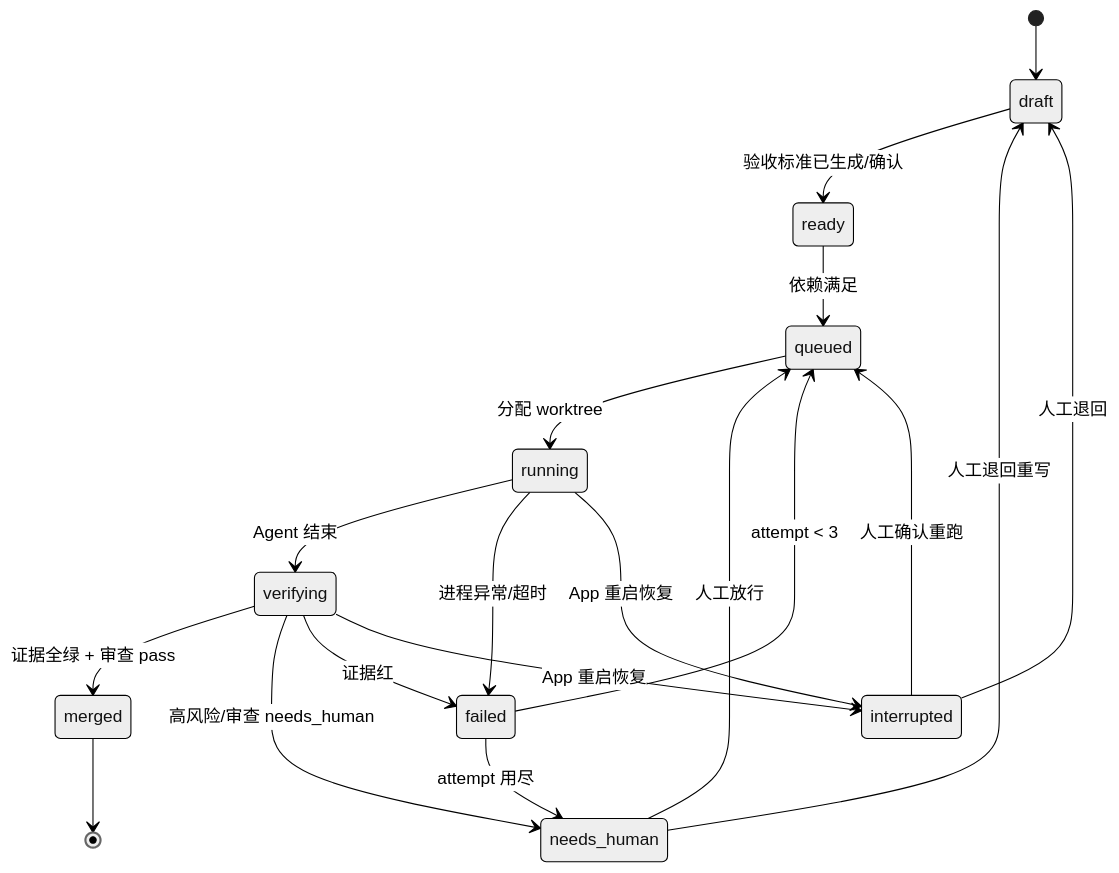
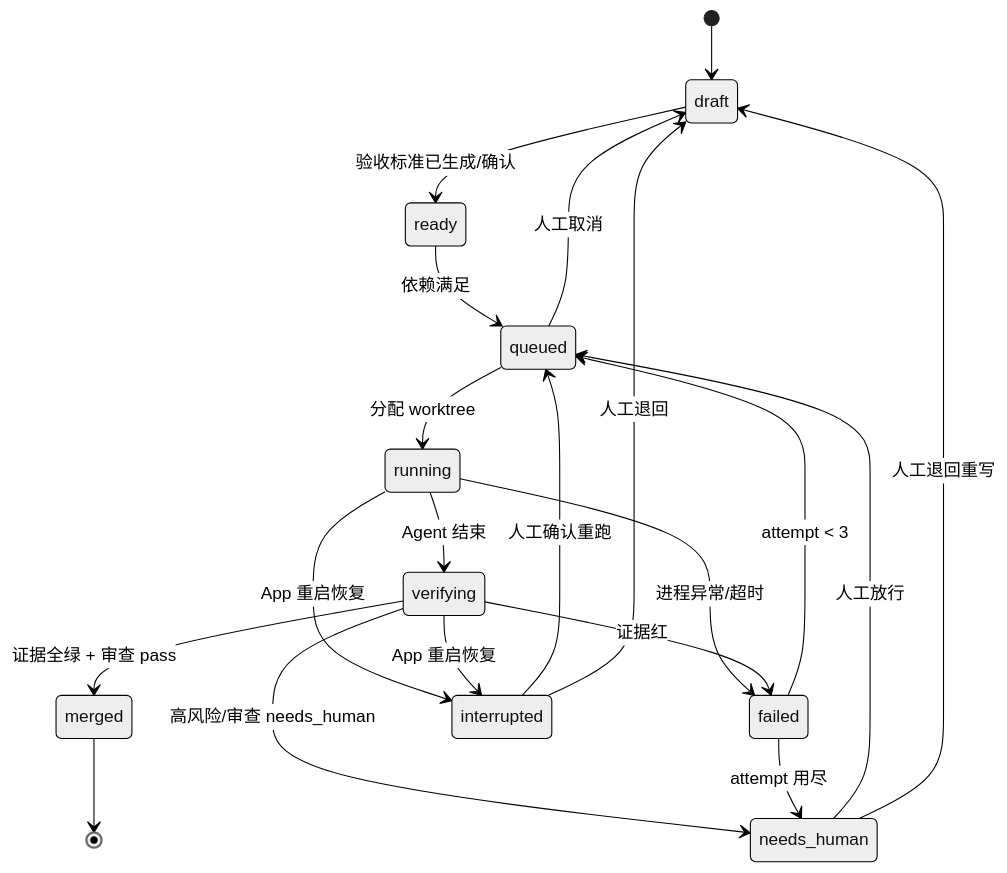
One commit to Lhy723/temli changed the diagram in docs/data-model.md. Above: the diagram before and after it, drawn with Mermaid (neutral theme). The commit also changed other lines of this file and 9 other files, not shown here.

````diff
--- a/docs/data-model.md
+++ b/docs/data-model.md
@@ -88,21 +88,22 @@
 ```mermaid
 stateDiagram-v2
   [*] --> draft
   draft --> ready: 验收标准已生成/确认
   ready --> queued: 依赖满足
   queued --> running: 分配 worktree
+  queued --> draft: 人工取消
   running --> verifying: Agent 结束
   running --> failed: 进程异常/超时
   verifying --> merged: 证据全绿 + 审查 pass
   verifying --> needs_human: 高风险/审查 needs_human
   verifying --> failed: 证据红
   failed --> queued: attempt < 3
   failed --> needs_human: attempt 用尽
   running --> interrupted: App 重启恢复
   verifying --> interrupted: App 重启恢复
   interrupted --> queued: 人工确认重跑
   interrupted --> draft: 人工退回
   needs_human --> queued: 人工放行
   needs_human --> draft: 人工退回重写
   merged --> [*]
 ```
````
